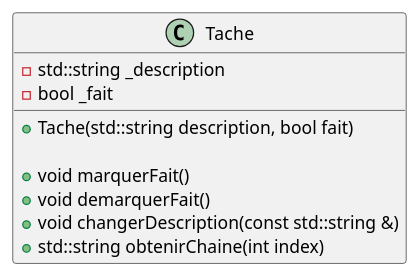
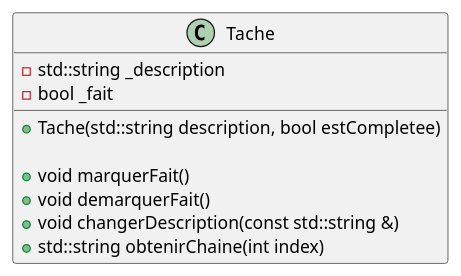
Before and after one commit to plbrault/420-SF2-RE: the fourth of 6 diagrams in laboratoires/lab02-oop1/consignes/lab02.md, drawn with PlantUML. The commit also changed other lines of this file, not shown here.

````diff
--- a/laboratoires/lab02-oop1/consignes/lab02.md
+++ b/laboratoires/lab02-oop1/consignes/lab02.md
@@ -489,15 +490,15 @@
 ```plantuml
 @startuml
 class Tache {
     - std::string _description
     - bool _fait
 
-    + Tache(std::string description, bool fait)
+    + Tache(std::string description, bool estCompletee)
 
     + void marquerFait()
     + void demarquerFait()
     + void changerDescription(const std::string &)
     + std::string obtenirChaine(int index)
 }
 @enduml
 ```
````
